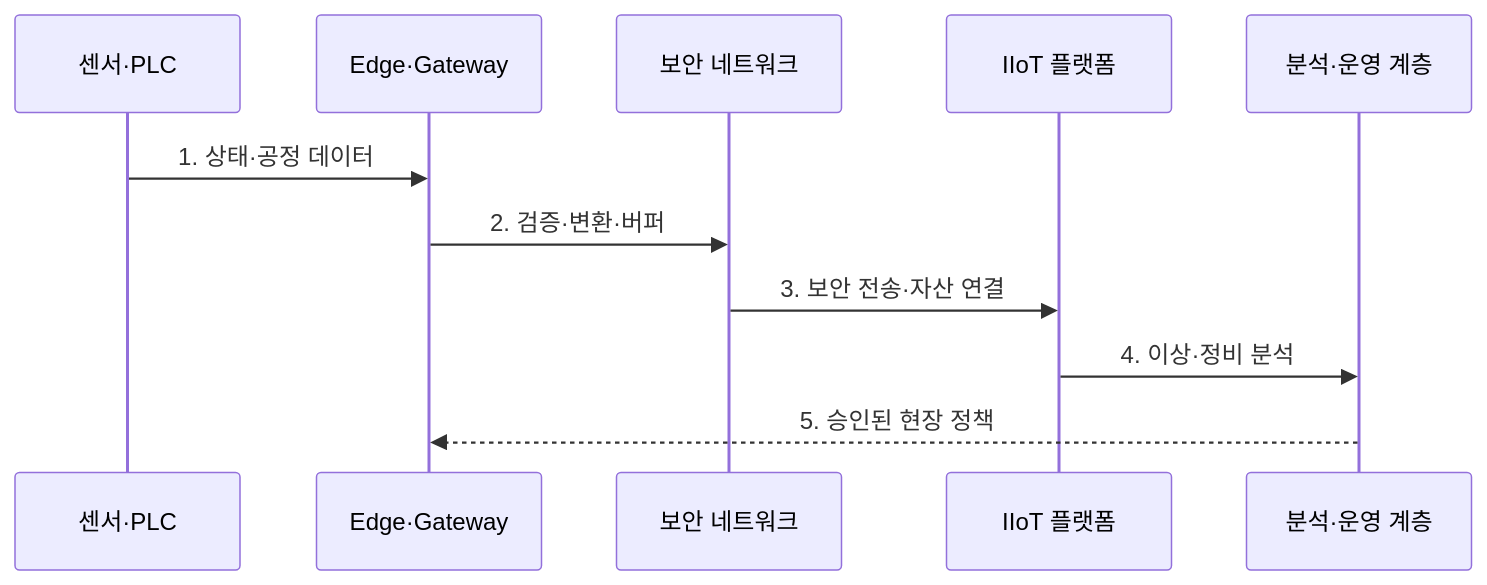
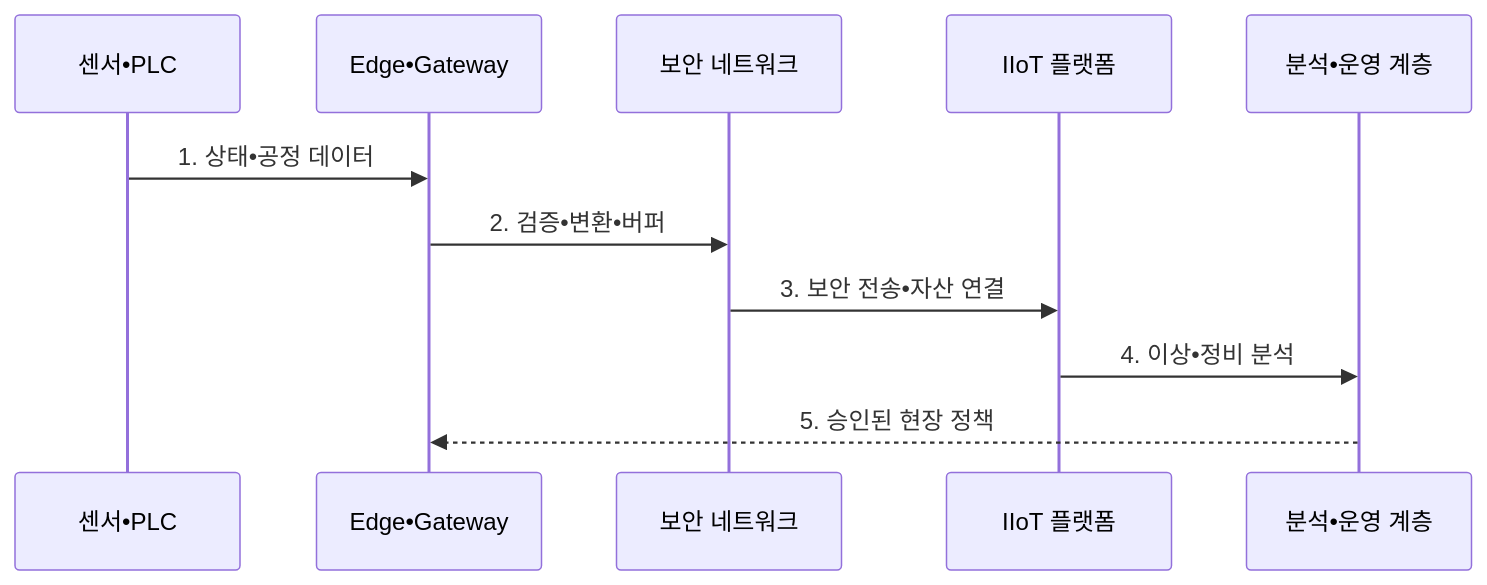
The second of 2 diagrams in src/content/docs/notes/08-latest-tech/203_industrial_iot.md (agnusdei1207/knowledge-base), drawn with Mermaid before and after one commit. The commit also changed other lines of this file and 953 other files, not shown here.

````diff
--- a/src/content/docs/notes/08-latest-tech/203_industrial_iot.md
+++ b/src/content/docs/notes/08-latest-tech/203_industrial_iot.md
@@ -103,13 +103,13 @@
 ```mermaid
 sequenceDiagram
-  participant F as 센서·PLC
-  participant E as Edge·Gateway
+  participant F as 센서•PLC
+  participant E as Edge•Gateway
   participant N as 보안 네트워크
   participant P as IIoT 플랫폼
-  participant O as 분석·운영 계층
-  F->>E: 1. 상태·공정 데이터
-  E->>N: 2. 검증·변환·버퍼
-  N->>P: 3. 보안 전송·자산 연결
-  P->>O: 4. 이상·정비 분석
+  participant O as 분석•운영 계층
+  F->>E: 1. 상태•공정 데이터
+  E->>N: 2. 검증•변환•버퍼
+  N->>P: 3. 보안 전송•자산 연결
+  P->>O: 4. 이상•정비 분석
   O-->>E: 5. 승인된 현장 정책
 ```
````
